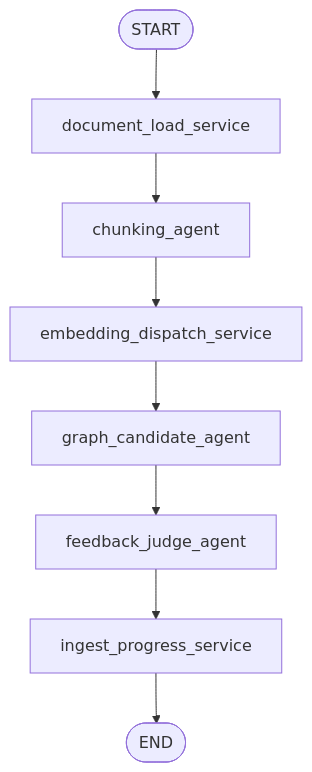
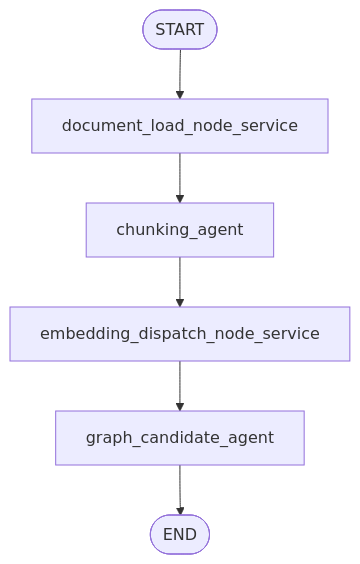
One commit to vosnuev/elderly-legal-rag changed the first of 2 diagrams in rag/be/src/pipeline/README.md. Above: the diagram before and after it, drawn with Mermaid. The commit also changed other lines of this file and 109 other files, not shown here.

````diff
--- a/rag/be/src/pipeline/README.md
+++ b/rag/be/src/pipeline/README.md
@@ -106,19 +140,15 @@
 ```mermaid
 flowchart TD
     start([START])
-    load[document_load_service]
+    load[document_load_node_service]
     chunk[chunking_agent]
-    embed[embedding_dispatch_service]
+    embed[embedding_dispatch_node_service]
     candidate[graph_candidate_agent]
-    judge[feedback_judge_agent]
-    progress[ingest_progress_service]
     finish([END])
 
     start --> load
     load --> chunk
     chunk --> embed
     embed --> candidate
-    candidate --> judge
-    judge --> progress
-    progress --> finish
+    candidate --> finish
 ```
````
